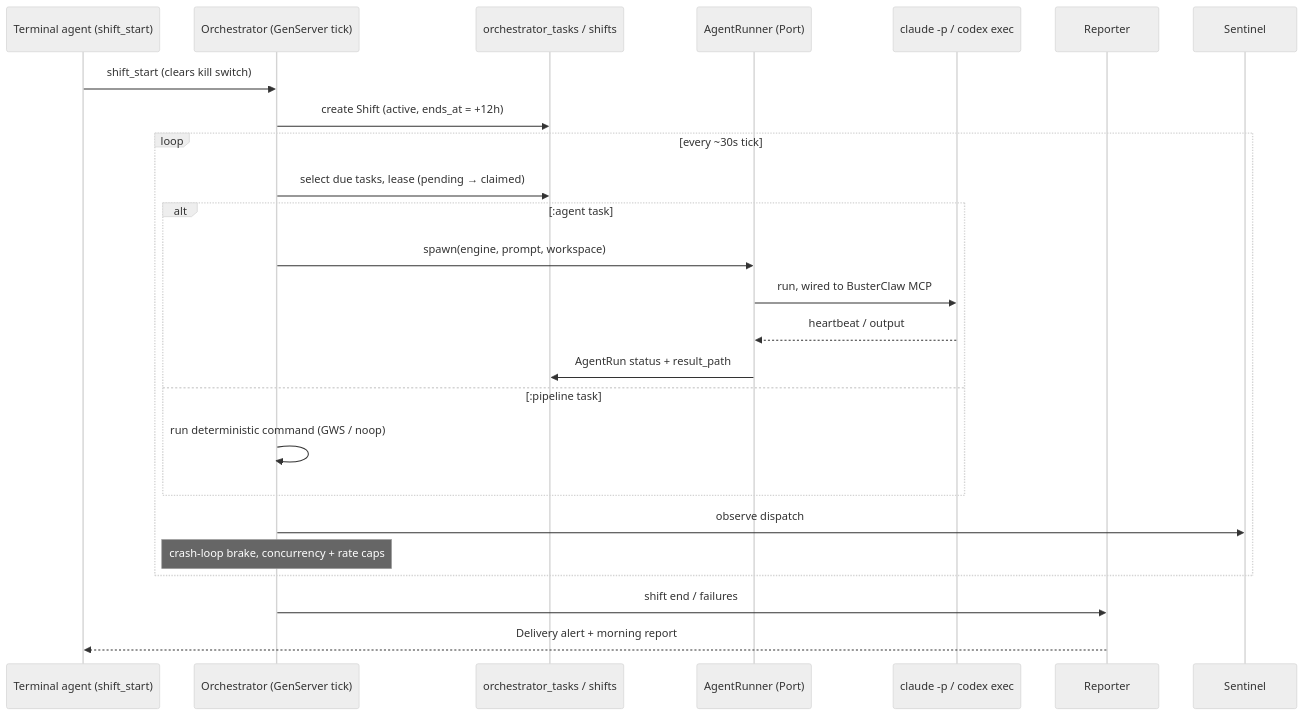
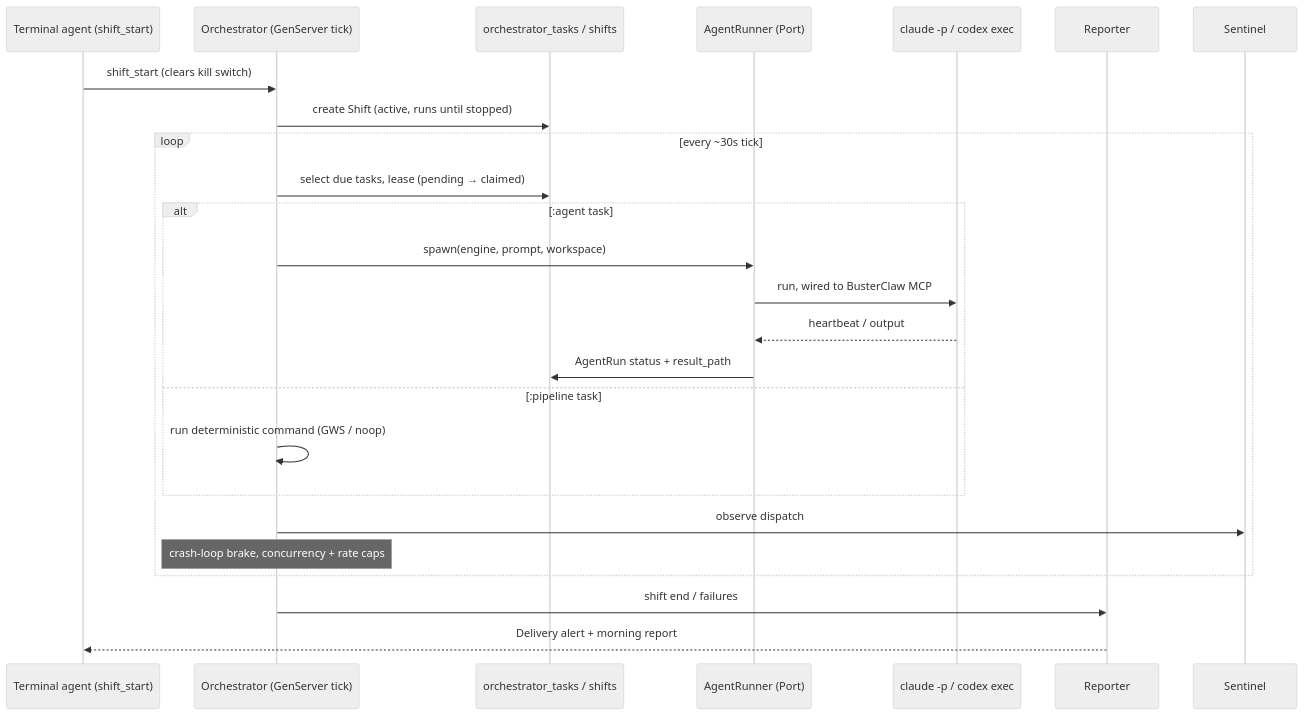
Before and after one commit to hightowerbuilds/buster-claw: the seventh of 8 diagrams in docs/UML.md, drawn with Mermaid (neutral theme). The commit also changed other lines of this file and 20 other files, not shown here.

````diff
--- a/docs/UML.md
+++ b/docs/UML.md
@@ -344,28 +343,28 @@
 ```mermaid
 sequenceDiagram
     participant Terminal as Terminal agent (shift_start)
     participant Orchestrator as Orchestrator (GenServer tick)
     participant DB as orchestrator_tasks / shifts
     participant Runner as AgentRunner (Port)
     participant Agent as claude -p / codex exec
     participant Reporter
     participant Sentinel
 
     Terminal->>Orchestrator: shift_start (clears kill switch)
-    Orchestrator->>DB: create Shift (active, ends_at = +12h)
+    Orchestrator->>DB: create Shift (active, runs until stopped)
     loop every ~30s tick
         Orchestrator->>DB: select due tasks, lease (pending → claimed)
         alt :agent task
             Orchestrator->>Runner: spawn(engine, prompt, workspace)
             Runner->>Agent: run, wired to BusterClaw MCP
             Agent-->>Runner: heartbeat / output
             Runner->>DB: AgentRun status + result_path
         else :pipeline task
             Orchestrator->>Orchestrator: run deterministic command (GWS / noop)
         end
         Orchestrator->>Sentinel: observe dispatch
         Note over Orchestrator: crash-loop brake, concurrency + rate caps
     end
     Orchestrator->>Reporter: shift end / failures
     Reporter-->>Terminal: Delivery alert + morning report
 ```
````
